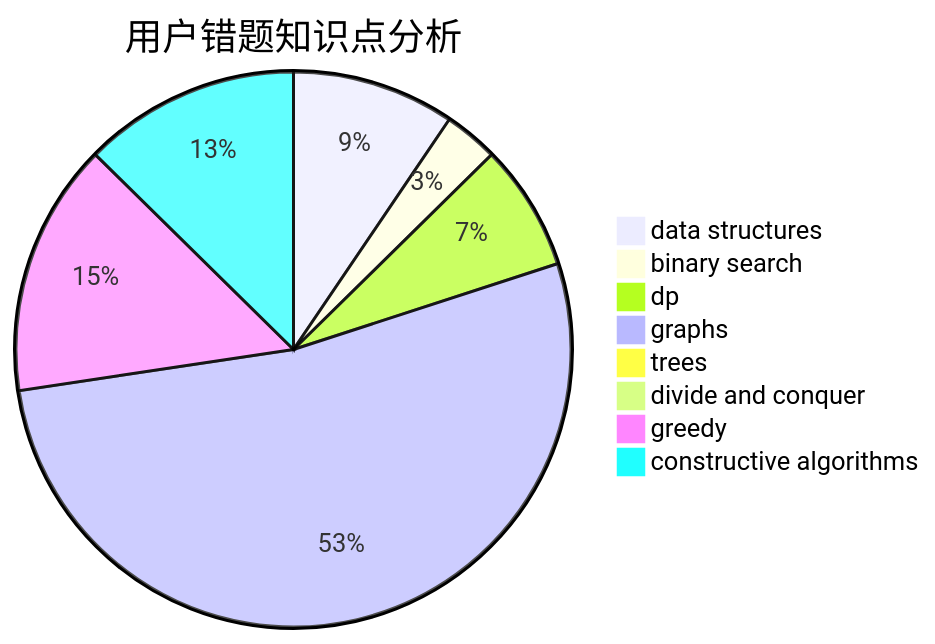
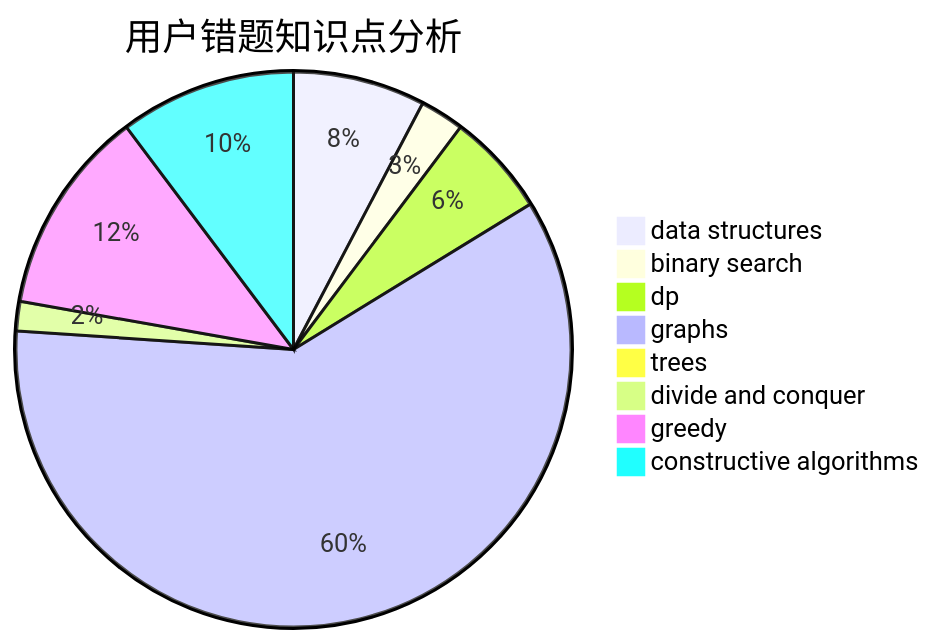
Before and after one commit to sherpahu/cfrs.github.io: the third of 3 diagrams in docs/user/u593.md, drawn with Mermaid. The commit also changed other lines of this file and 2770 other files, not shown here.

````diff
--- a/docs/user/u593.md
+++ b/docs/user/u593.md
@@ -36,11 +36,11 @@
 ```mermaid
 pie title 用户错题知识点分析
     "data structures" :  9
     "binary search" :  3
     "dp" :  7
-    "graphs" :  50
+    "graphs" :  70
     "trees" :  0
-    "divide and conquer" :  0
+    "divide and conquer" :  2
     "greedy" :  14
     "constructive algorithms" :  12
 ```
````
